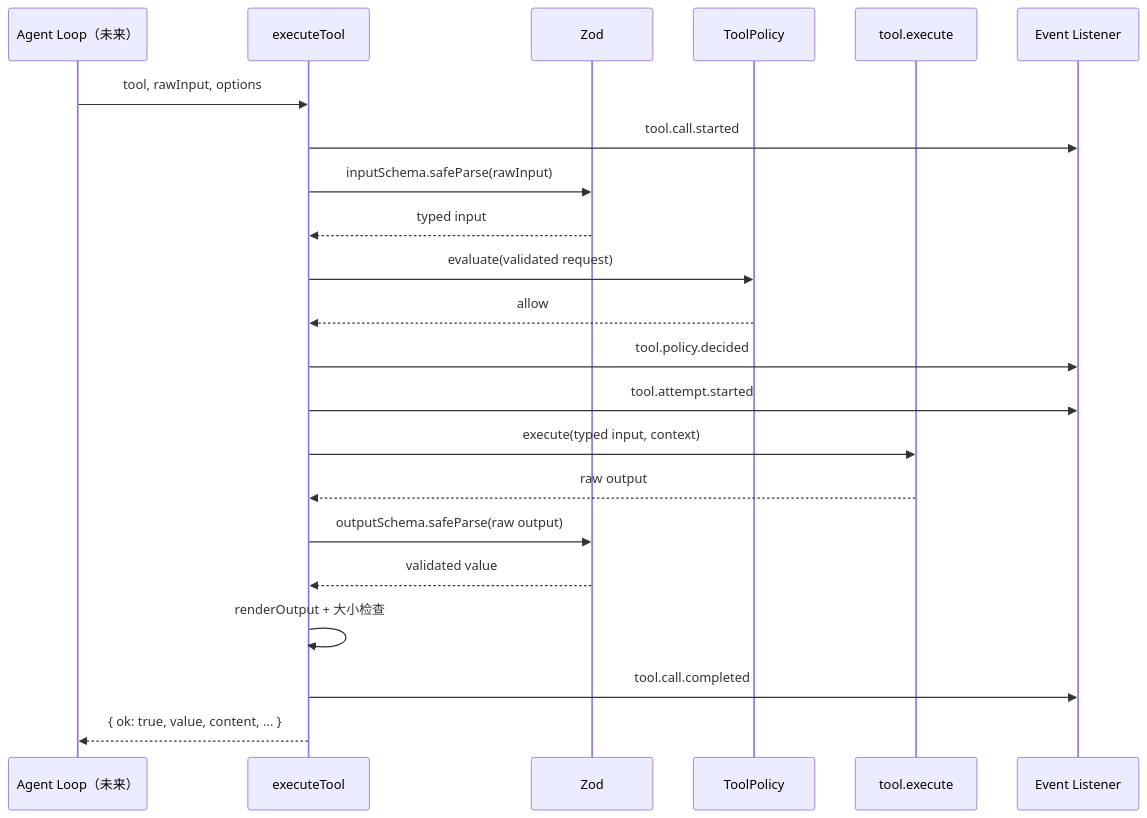
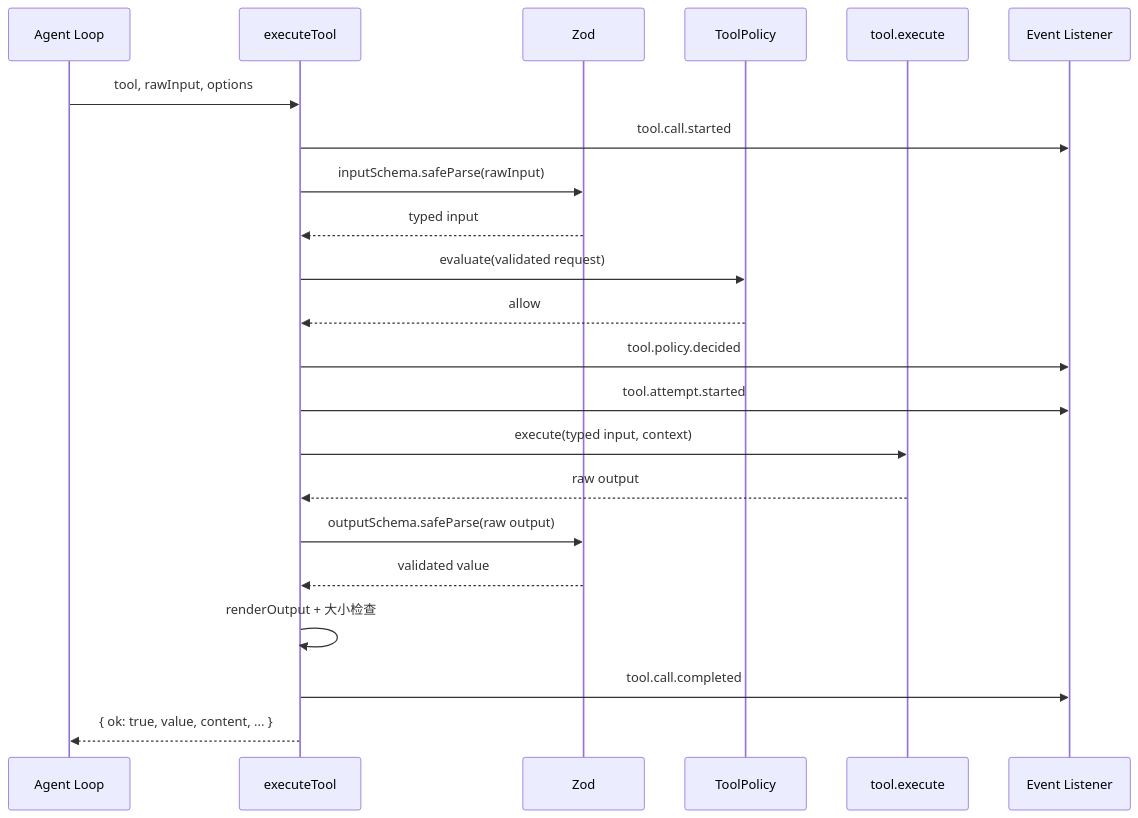
Before and after one commit to AlbertE1990/crafteHarness: the seventh of 9 diagrams in docs/learning/tool-harness.md, drawn with Mermaid. The commit also changed other lines of this file and 38 other files, not shown here.

````diff
--- a/docs/learning/tool-harness.md
+++ b/docs/learning/tool-harness.md
@@ -376,25 +376,25 @@
 ```mermaid
 sequenceDiagram
-  participant L as Agent Loop（未来）
+  participant L as Agent Loop
   participant H as executeTool
   participant Z as Zod
   participant P as ToolPolicy
   participant T as tool.execute
   participant E as Event Listener
 
   L->>H: tool, rawInput, options
   H->>E: tool.call.started
   H->>Z: inputSchema.safeParse(rawInput)
   Z-->>H: typed input
   H->>P: evaluate(validated request)
   P-->>H: allow
   H->>E: tool.policy.decided
   H->>E: tool.attempt.started
   H->>T: execute(typed input, context)
   T-->>H: raw output
   H->>Z: outputSchema.safeParse(raw output)
   Z-->>H: validated value
   H->>H: renderOutput + 大小检查
   H->>E: tool.call.completed
   H-->>L: { ok: true, value, content, ... }
 ```
````
